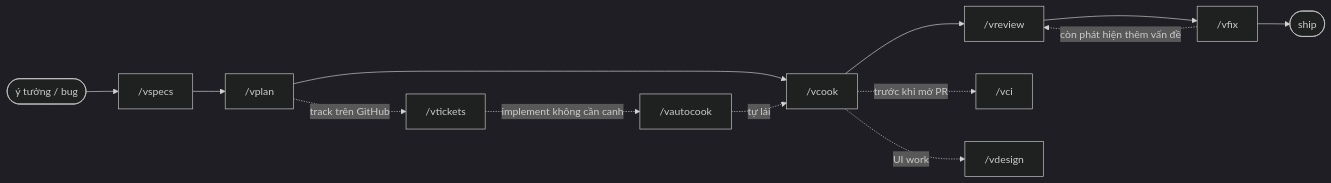
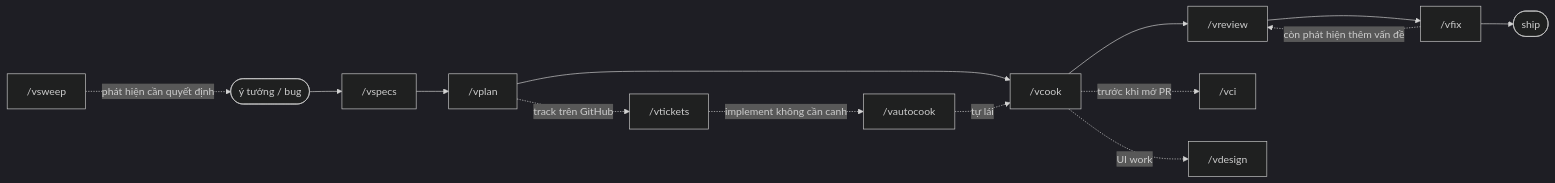
One commit to vyvu99/vskills changed the diagram in README.vi.md. Above: the diagram before and after it, drawn with Mermaid (dark theme). The commit also changed other lines of this file and 3 other files, not shown here.

````diff
--- a/README.vi.md
+++ b/README.vi.md
@@ -58,16 +59,18 @@
 ```mermaid
 flowchart LR
     idea(["ý tưởng / bug"]) --> specs["/vspecs"]
     specs --> plan["/vplan"]
     plan --> cook["/vcook"]
     cook --> review["/vreview"]
     review --> fix["/vfix"]
     fix -. còn phát hiện thêm vấn đề .-> review
     fix --> ship(["ship"])
 
     plan -. track trên GitHub .-> tickets["/vtickets"]
     tickets -. implement không cần canh .-> auto["/vautocook"]
     auto -. tự lái .-> cook
     cook -. trước khi mở PR .-> ci["/vci"]
     cook -. UI work .-> design["/vdesign"]
+
+    sweep["/vsweep"] -. phát hiện cần quyết định .-> idea
 ```
````
